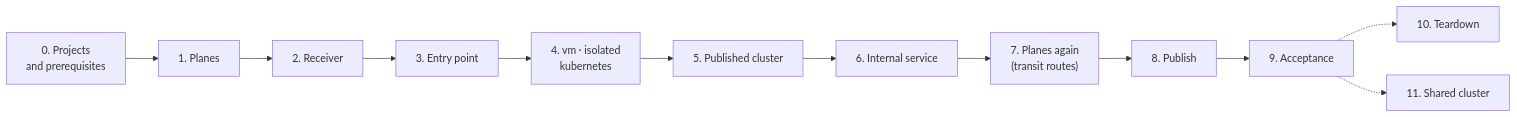
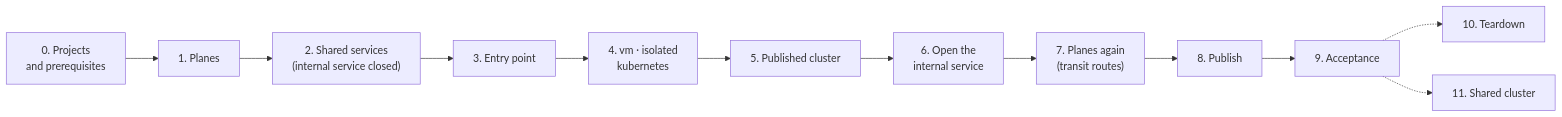
The diagram in docs/reference/test-procedure.md (CyprisTech/openstack-multitenant-reference), drawn with Mermaid before and after one commit. The commit also changed other lines of this file and 34 other files, not shown here.

````diff
--- a/docs/reference/test-procedure.md
+++ b/docs/reference/test-procedure.md
@@ -11,14 +11,14 @@
 ```mermaid
 flowchart LR
     P["0. Projects<br/>and prerequisites"] --> H["1. Planes"]
-    H --> C["2. Receiver"]
+    H --> C["2. Shared services<br/>(internal service closed)"]
     C --> E["3. Entry point"]
     E --> T["4. vm · isolated<br/>kubernetes"]
     T --> K["5. Published cluster"]
-    K --> I["6. Internal service"]
+    K --> I["6. Open the<br/>internal service"]
     I --> R["7. Planes again<br/>(transit routes)"]
     R --> PB["8. Publish"]
     PB --> A["9. Acceptance"]
     A -.-> D["10. Teardown"]
     A -.-> SC["11. Shared cluster"]
 ```
````
